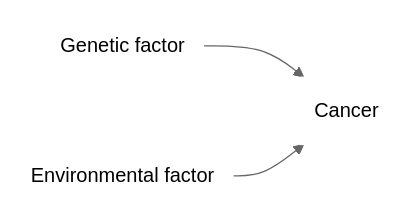
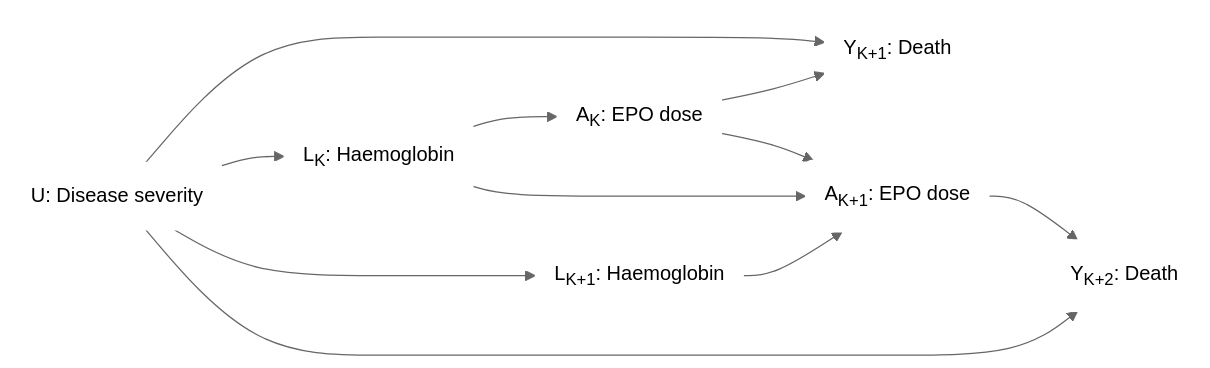
One commit to birth-outcomes/birth_outcomes_summary changed the seventh of 14 diagrams in book_birth_outcomes_summary/design_causal_tosort.md. Above: the diagram before and after it, drawn with Mermaid (neutral theme). The commit also changed other lines of this file, not shown here.

`````diff
--- a/book_birth_outcomes_summary/design_causal_tosort.md
+++ b/book_birth_outcomes_summary/design_causal_tosort.md
@@ -171,13 +165,25 @@
 ````{mermaid}
   flowchart LR;
 
-    gene("Genetic factor"):::white;
-    env("Environmental factor"):::white;
-    cancer("Cancer"):::white;
+    ak("A<sub>K</sub>: EPO dose"):::white;
+    ak1("A<sub>K+1</sub>: EPO dose"):::white;
+    yk1("Y<sub>K+1</sub>: Death"):::white;
+    yk2("Y<sub>K+2</sub>: Death"):::white;
+    lk("L<sub>K</sub>: Haemoglobin"):::white;
+    lk1("L<sub>K+1</sub>: Haemoglobin"):::white;
+    u("U: Disease severity"):::white;
 
-    gene --> cancer;
-    env --> cancer;
+    ak --> yk1;
+    u --> yk1;
+    u --> lk;
+    lk --> ak;
+    lk --> ak1;
+    ak --> ak1;
+    u --> lk1;
+    lk1 --> ak1;
+    ak1 --> yk2;
+    u --> yk2;
 
     classDef white fill:#FFFFFF, stroke:#FFFFFF
     classDef black fill:#FFFFFF, stroke:#000000
 ````
`````
